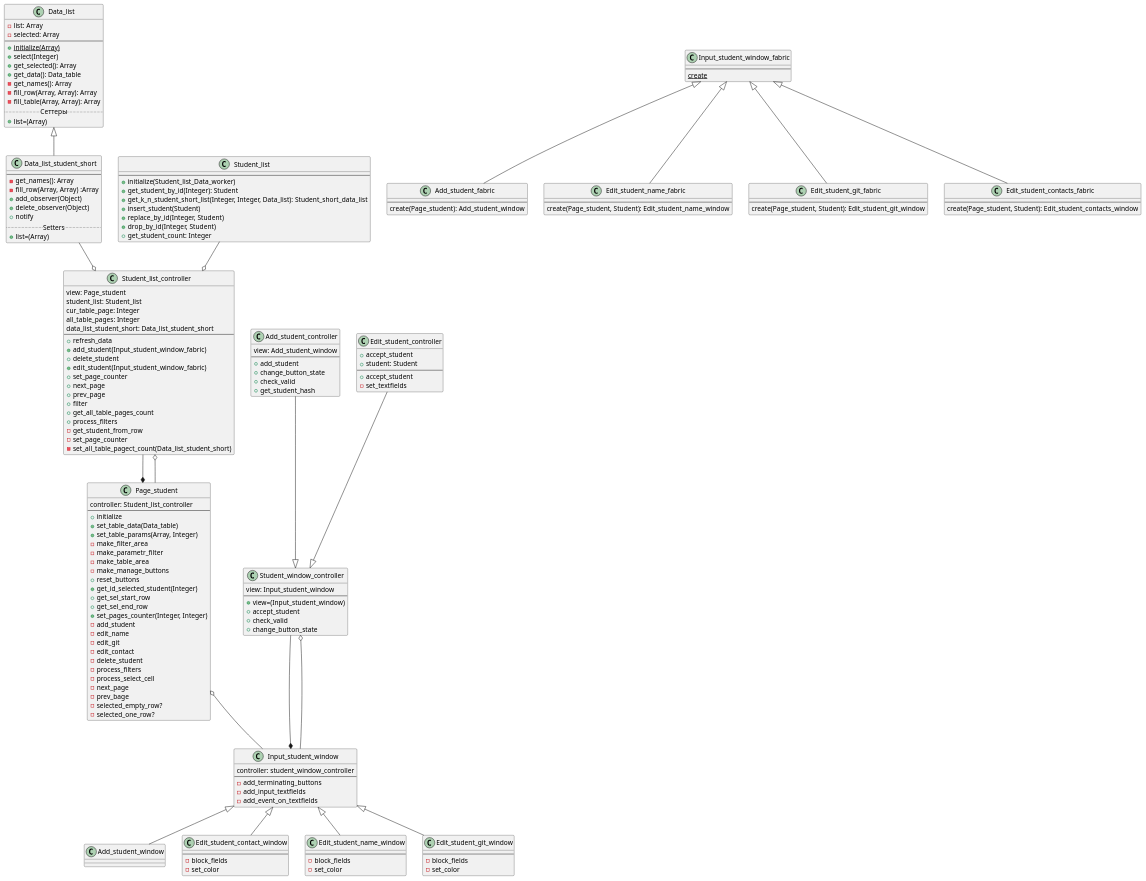
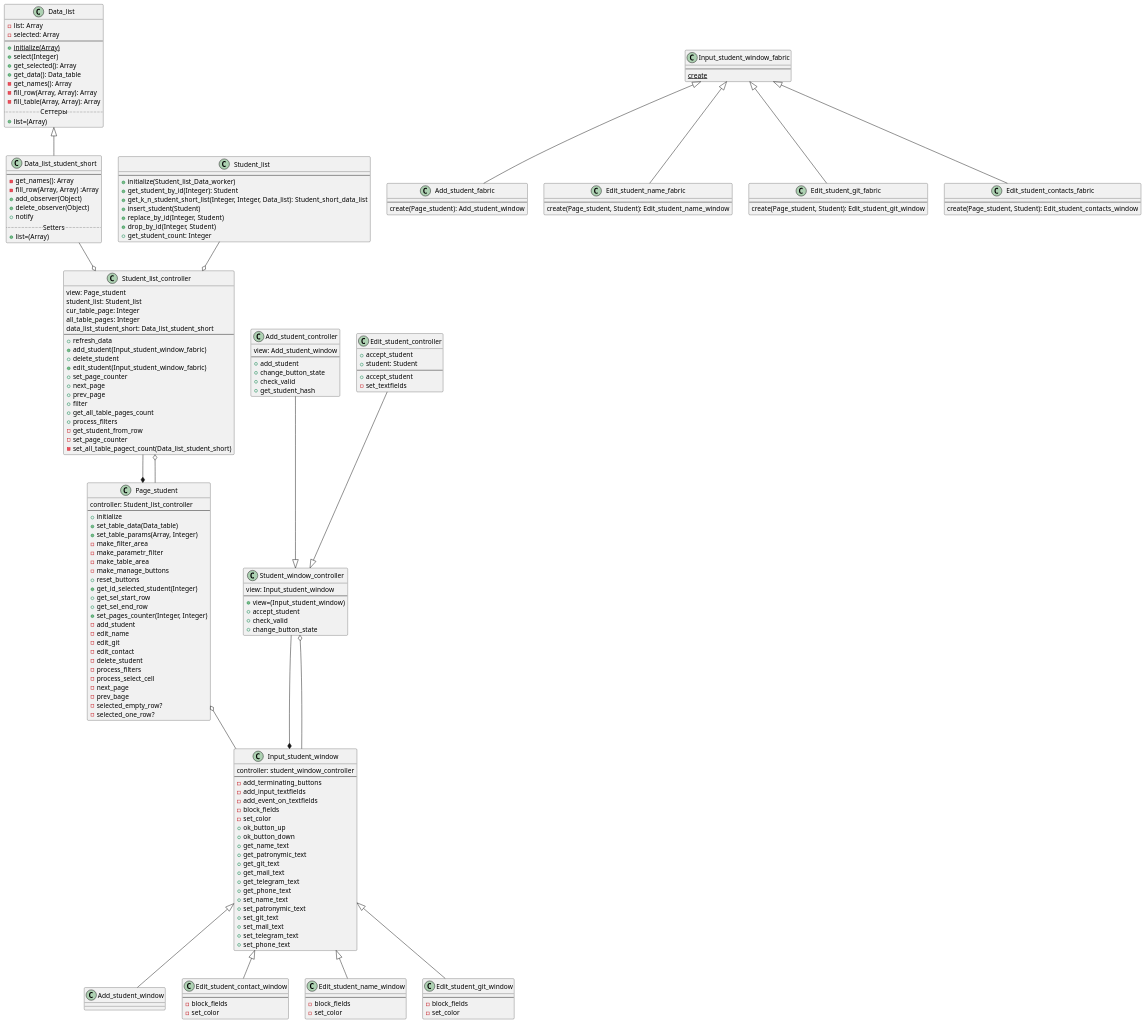
One commit to VitalijGolovij/PatternProgLabs changed the diagram in Lab2/Student/diagrams/mvc_classes_diagram.puml. Above: the diagram before and after it, drawn with PlantUML. The commit also changed 1 other file, not shown here.

Commit message:
подправил диаграмму mvc

```diff
--- a/Lab2/Student/diagrams/mvc_classes_diagram.puml
+++ b/Lab2/Student/diagrams/mvc_classes_diagram.puml
@@ -98,6 +98,22 @@
 -add_terminating_buttons
 -add_input_textfields
 -add_event_on_textfields
+-block_fields
+-set_color
++ok_button_up
++ok_button_down
++get_name_text
++get_patronymic_text
++get_git_text
++get_mail_text
++get_telegram_text
++get_phone_text
++set_name_text
++set_patronymic_text
++set_git_text
++set_mail_text
++set_telegram_text
++set_phone_text
 }
 
 class Add_student_controller
```
